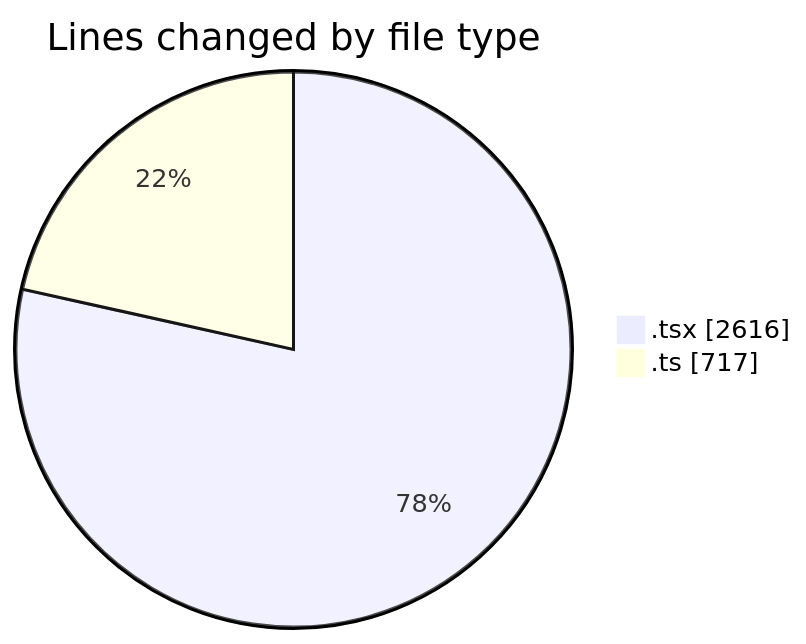
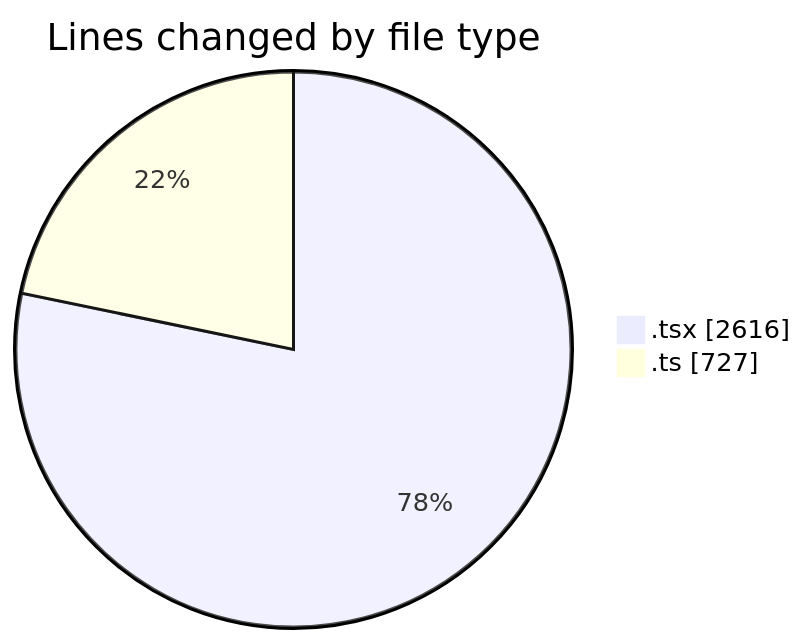
The first of 2 diagrams in 2026-04-03/nxtqube_webapp/README.md (nxtqubesakshisongat/code-tracking), drawn with Mermaid before and after one commit. The commit also changed other lines of this file and 1 other file, not shown here.

````diff
--- a/2026-04-03/nxtqube_webapp/README.md
+++ b/2026-04-03/nxtqube_webapp/README.md
@@ -23,6 +23,6 @@
 ```mermaid
 pie showData
 title Lines changed by file type
 ".tsx" : 2616
-".ts" : 717
+".ts" : 727
 ```
````
